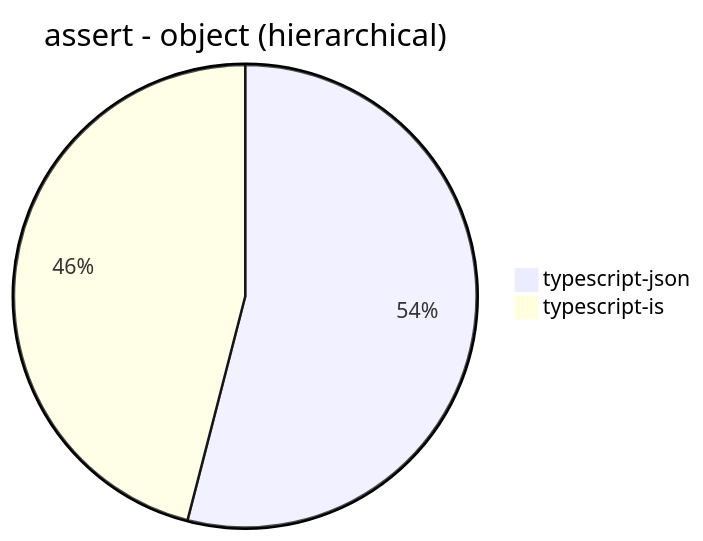
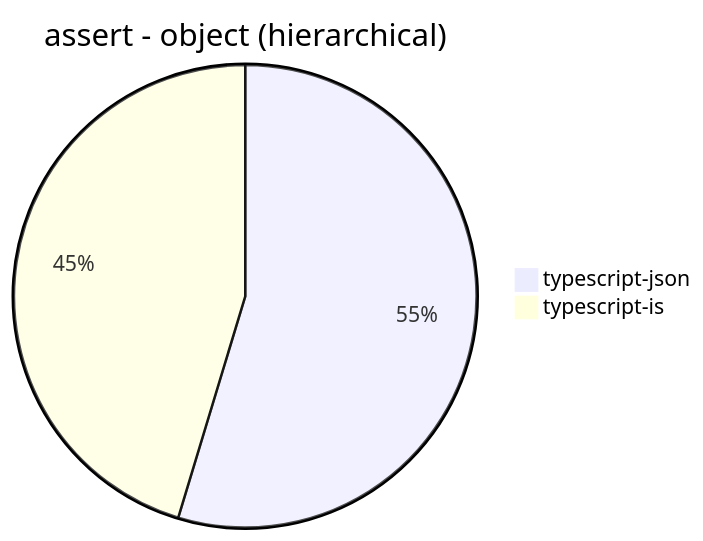
Before and after one commit to samchon/typia: the first of 30 diagrams in benchmark/results/AMD Ryzen 7 5800H with Radeon Graphics         .md, drawn with Mermaid. The commit also changed other lines of this file, not shown here.

````diff
--- a/benchmark/results/AMD Ryzen 7 5800H with Radeon Graphics         .md
+++ b/benchmark/results/AMD Ryzen 7 5800H with Radeon Graphics         .md
@@ -17,5 +17,5 @@
 ```mermaid
 pie title assert - object (hierarchical)
-  "typescript-json": 26025.351591413768
-  "typescript-is": 22155.346953800847
+  "typescript-json": 25897.11025216271
+  "typescript-is": 21464.682050378724
 ```
````
